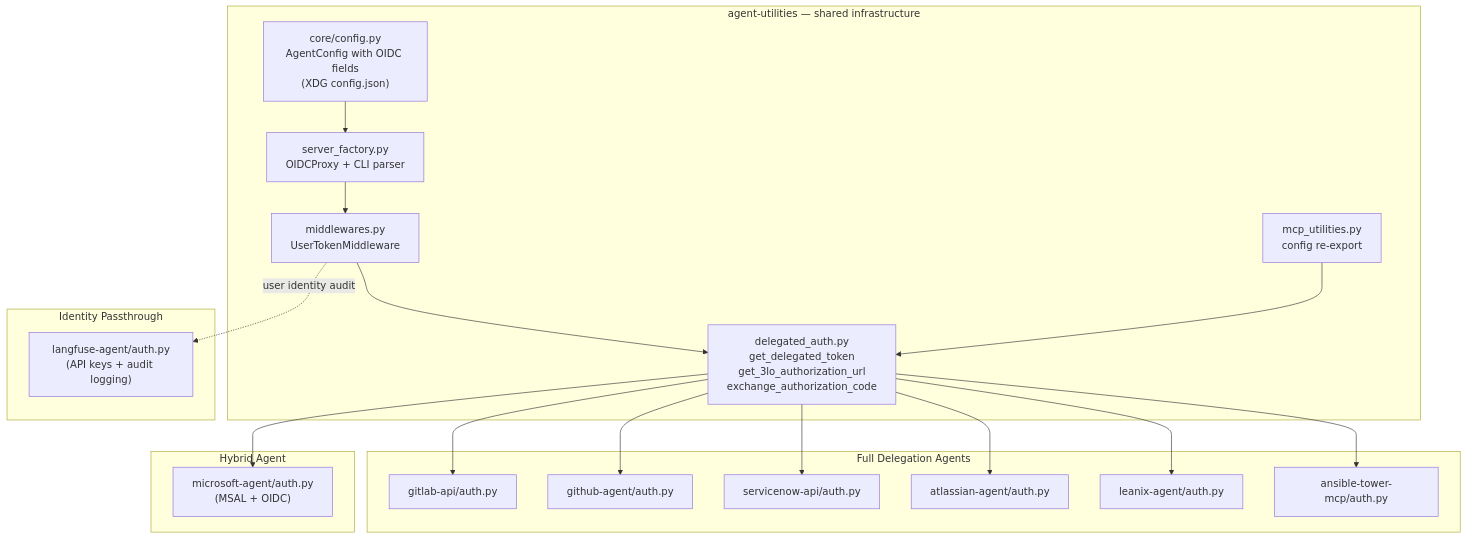
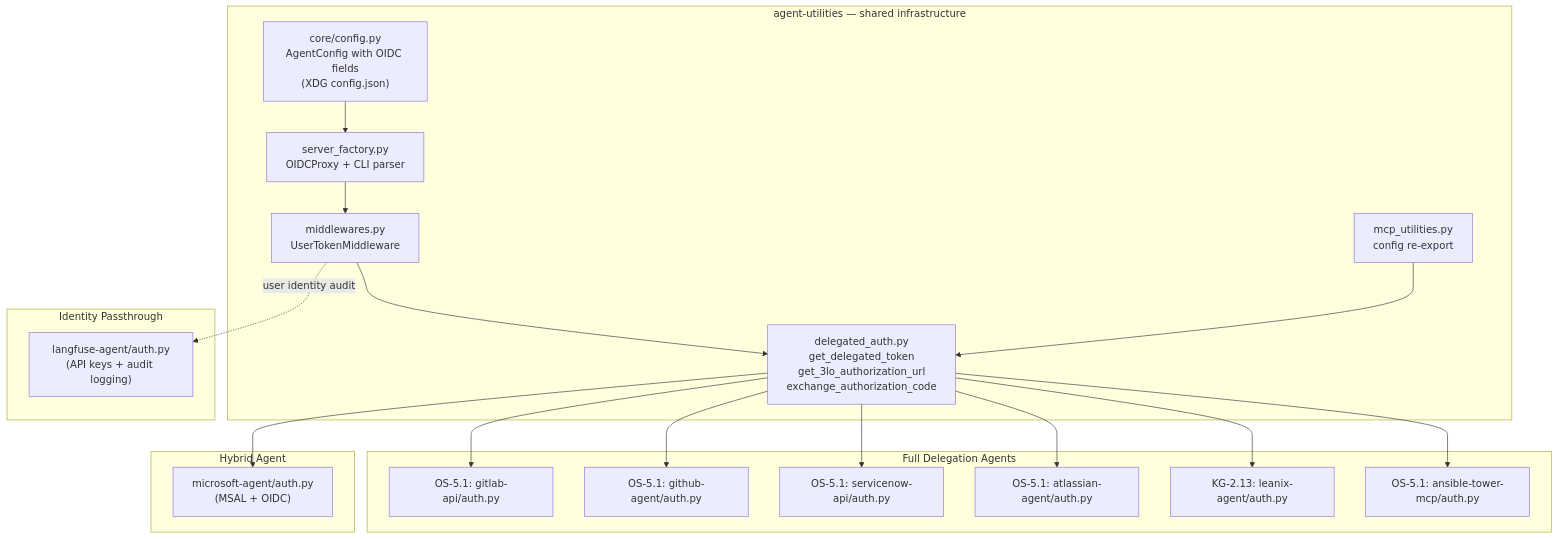
Before and after one commit to Knuckles-Team/agent-utilities: the second of 3 diagrams in docs/guides/oauth_sso.md, drawn with Mermaid. The commit also changed 325 other files, not shown here.

````diff
--- a/docs/guides/oauth_sso.md
+++ b/docs/guides/oauth_sso.md
@@ -56,35 +56,35 @@
 ```mermaid
 graph TB
     subgraph "agent-utilities — shared infrastructure"
         SF["server_factory.py<br/>OIDCProxy + CLI parser"]
         MW["middlewares.py<br/>UserTokenMiddleware"]
         DA["delegated_auth.py<br/>get_delegated_token<br/>get_3lo_authorization_url<br/>exchange_authorization_code"]
         MU["mcp_utilities.py<br/>config re-export"]
         CFG["core/config.py<br/>AgentConfig with OIDC fields<br/>(XDG config.json)"]
     end
 
     subgraph "Full Delegation Agents"
-        GL["gitlab-api/auth.py"]
-        GH["github-agent/auth.py"]
-        SN["servicenow-api/auth.py"]
-        AT["atlassian-agent/auth.py"]
-        LX["leanix-agent/auth.py"]
-        AN["ansible-tower-mcp/auth.py"]
+        GL["OS-5.1: gitlab-api/auth.py"]
+        GH["OS-5.1: github-agent/auth.py"]
+        SN["OS-5.1: servicenow-api/auth.py"]
+        AT["OS-5.1: atlassian-agent/auth.py"]
+        LX["KG-2.13: leanix-agent/auth.py"]
+        AN["OS-5.1: ansible-tower-mcp/auth.py"]
     end
 
     subgraph "Hybrid Agent"
         MS["microsoft-agent/auth.py<br/>(MSAL + OIDC)"]
     end
 
     subgraph "Identity Passthrough"
         LF["langfuse-agent/auth.py<br/>(API keys + audit logging)"]
     end
 
     CFG --> SF
     SF --> MW
     MW --> DA
     MU --> DA
 
     DA --> GL & GH & SN & AT & LX & AN & MS
     MW -.->|"user identity audit"| LF
 ```
````
